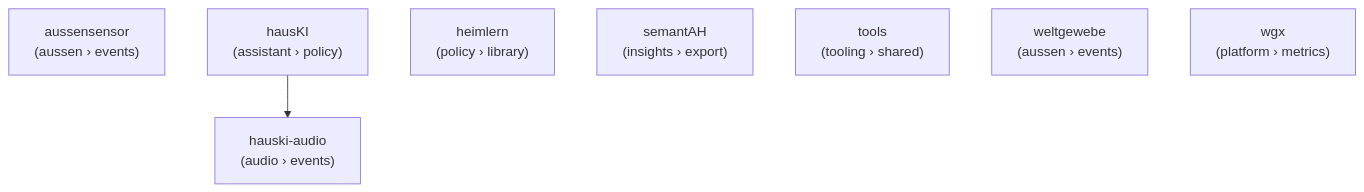
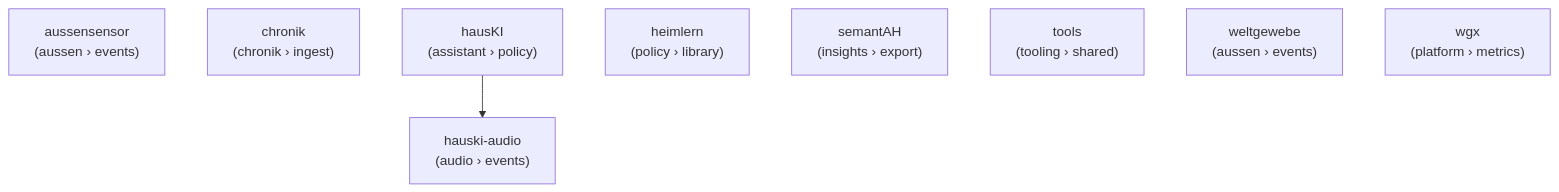
One commit to heimgewebe/metarepo changed the diagram in docs/org-graph.mmd. Above: the diagram before and after it, drawn with Mermaid. The commit also changed other lines of this file and 1 other file, not shown here.

Commit message:
Update org assets: org-index.md and org-graph.mmd synced

```diff
--- a/docs/org-graph.mmd
+++ b/docs/org-graph.mmd
@@ -1,20 +1,13 @@
 %% Org dependency graph
 %% Generated by scripts/generate_org_assets.py; do not edit manually.
 graph TD
-    aussensensor["aussensensor
-(aussen › events)"]
-    hausKI["hausKI
-(assistant › policy)"]
-    hauski_audio["hauski-audio
-(audio › events)"]
-    heimlern["heimlern
-(policy › library)"]
-    semantAH["semantAH
-(insights › export)"]
-    tools["tools
-(tooling › shared)"]
-    weltgewebe["weltgewebe
-(aussen › events)"]
-    wgx["wgx
-(platform › metrics)"]
+    aussensensor["aussensensor\n(aussen › events)"]
+    chronik["chronik\n(chronik › ingest)"]
+    hausKI["hausKI\n(assistant › policy)"]
+    hauski_audio["hauski-audio\n(audio › events)"]
+    heimlern["heimlern\n(policy › library)"]
+    semantAH["semantAH\n(insights › export)"]
+    tools["tools\n(tooling › shared)"]
+    weltgewebe["weltgewebe\n(aussen › events)"]
+    wgx["wgx\n(platform › metrics)"]
     hausKI --> hauski_audio
```
